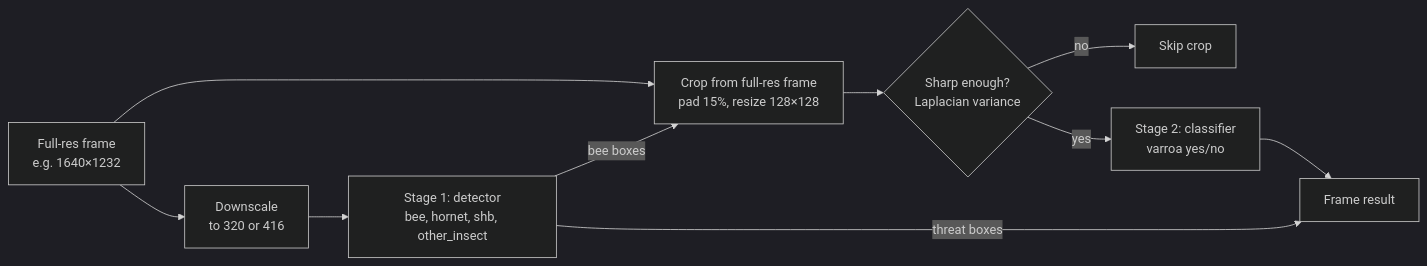
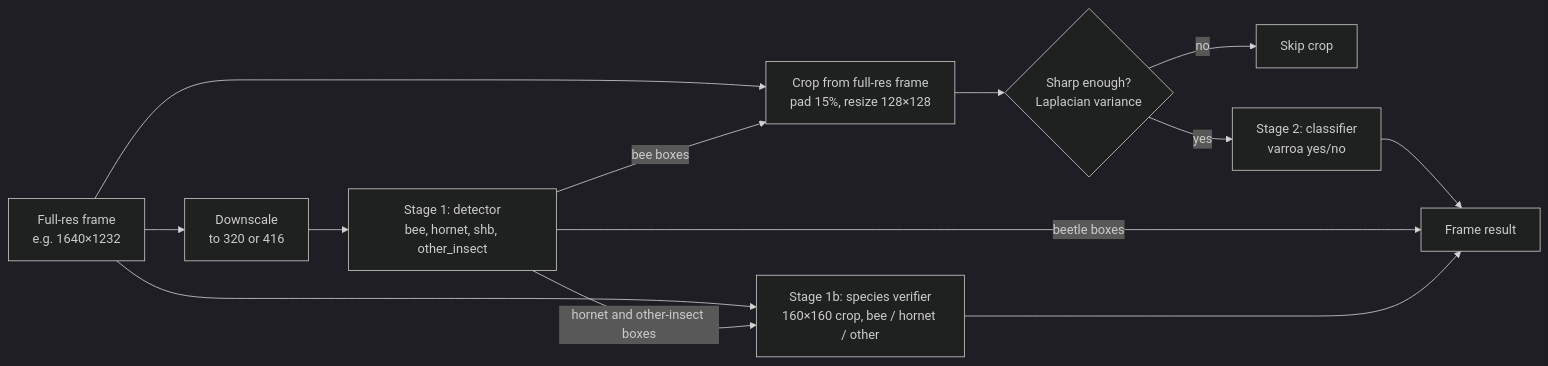
Before and after one commit to endlessconflict/SmartHive: the diagram in docs/03-vision/04-model-architecture.md, drawn with Mermaid (dark theme). The commit also changed other lines of this file and 3 other files, not shown here.

````diff
--- a/docs/03-vision/04-model-architecture.md
+++ b/docs/03-vision/04-model-architecture.md
@@ -21,12 +21,15 @@
 ```mermaid
 flowchart LR
     F[Full-res frame<br/>e.g. 1640×1232] --> D[Downscale<br/>to 320 or 416]
     D --> S1[Stage 1: detector<br/>bee, hornet, shb, other_insect]
+    S1 -->|hornet and other-insect boxes| V[Stage 1b: species verifier<br/>160×160 crop, bee / hornet / other]
+    F --> V
+    V --> OUT
     S1 -->|bee boxes| C[Crop from full-res frame<br/>pad 15%, resize 128×128]
     F --> C
     C --> Q{Sharp enough?<br/>Laplacian variance}
     Q -- no --> SKIP[Skip crop]
     Q -- yes --> S2[Stage 2: classifier<br/>varroa yes/no]
-    S1 -->|threat boxes| OUT[Frame result]
+    S1 -->|beetle boxes| OUT[Frame result]
     S2 --> OUT
 ```
````
